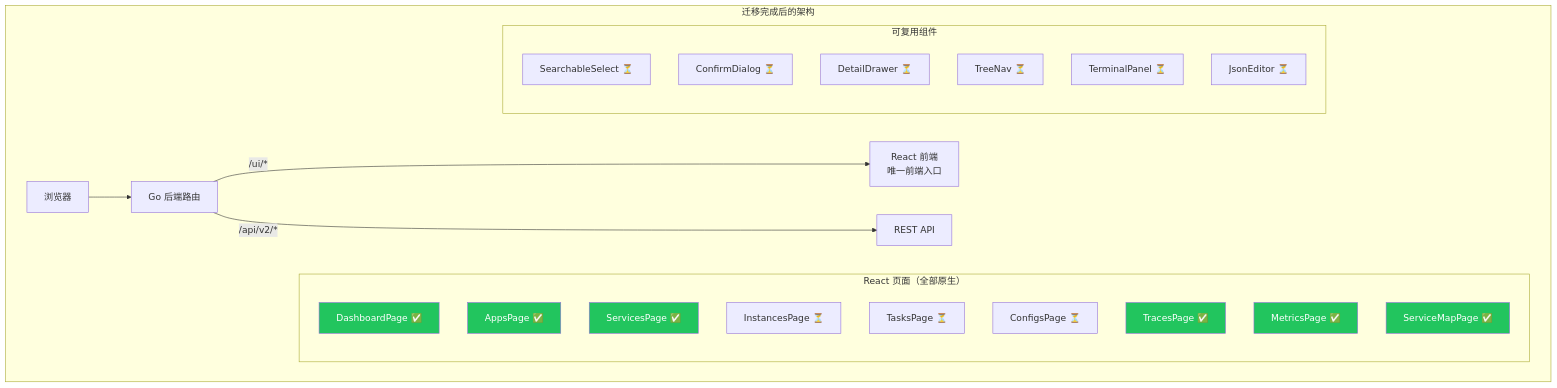
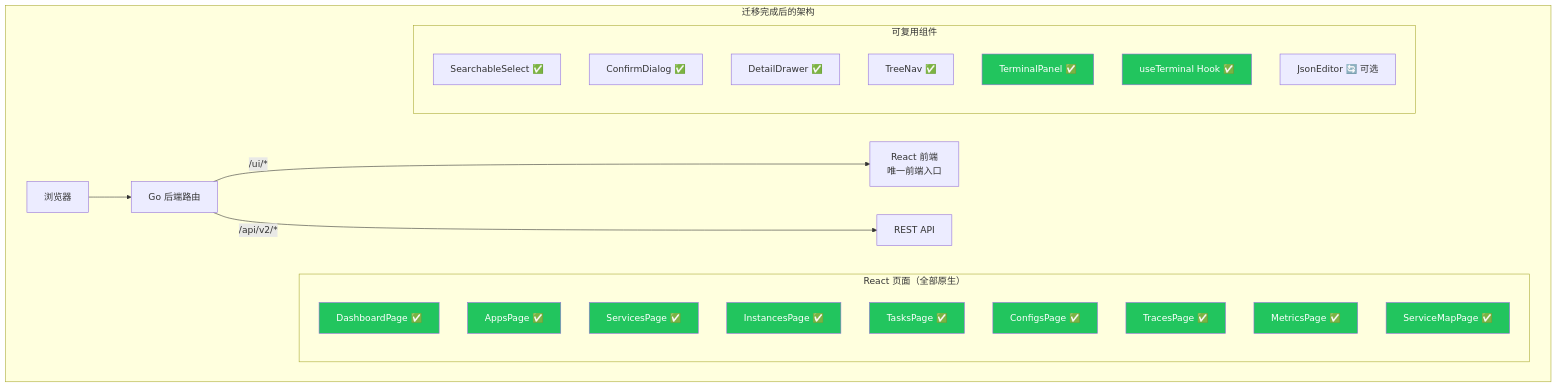
One commit to junjiewwang/custom-opentelemetry-collector changed the third of 8 diagrams in docs/react-migration-and-observability.md. Above: the diagram before and after it, drawn with Mermaid. The commit also changed other lines of this file and 55 other files, not shown here.

````diff
--- a/docs/react-migration-and-observability.md
+++ b/docs/react-migration-and-observability.md
@@ -353,36 +340,42 @@
 ```mermaid
 graph TB
     subgraph "迁移完成后的架构"
         Browser[浏览器] --> Router[Go 后端路由]
         Router -->|/ui/*| React[React 前端<br/>唯一前端入口]
         Router -->|/api/v2/*| API[REST API]
         
         subgraph "React 页面（全部原生）"
             R1[DashboardPage ✅]
             R2[AppsPage ✅]
             R3[ServicesPage ✅]
-            R4[InstancesPage ⏳]
-            R5[TasksPage ⏳]
-            R6[ConfigsPage ⏳]
+            R4[InstancesPage ✅]
+            R5[TasksPage ✅]
+            R6[ConfigsPage ✅]
             R7[TracesPage ✅]
             R8[MetricsPage ✅]
             R9[ServiceMapPage ✅]
         end
         
         subgraph "可复用组件"
-            C1[SearchableSelect ⏳]
-            C2[ConfirmDialog ⏳]
-            C3[DetailDrawer ⏳]
-            C4[TreeNav ⏳]
-            C5[TerminalPanel ⏳]
-            C6[JsonEditor ⏳]
+            C1[SearchableSelect ✅]
+            C2[ConfirmDialog ✅]
+            C3[DetailDrawer ✅]
+            C4[TreeNav ✅]
+            C5[TerminalPanel ✅]
+            C6[useTerminal Hook ✅]
+            C7[JsonEditor 🔄 可选]
         end
     end
     
     style R1 fill:#22c55e,color:#fff
     style R2 fill:#22c55e,color:#fff
     style R3 fill:#22c55e,color:#fff
+    style R4 fill:#22c55e,color:#fff
+    style R5 fill:#22c55e,color:#fff
+    style R6 fill:#22c55e,color:#fff
     style R7 fill:#22c55e,color:#fff
     style R8 fill:#22c55e,color:#fff
     style R9 fill:#22c55e,color:#fff
+    style C5 fill:#22c55e,color:#fff
+    style C6 fill:#22c55e,color:#fff
 ```
````
